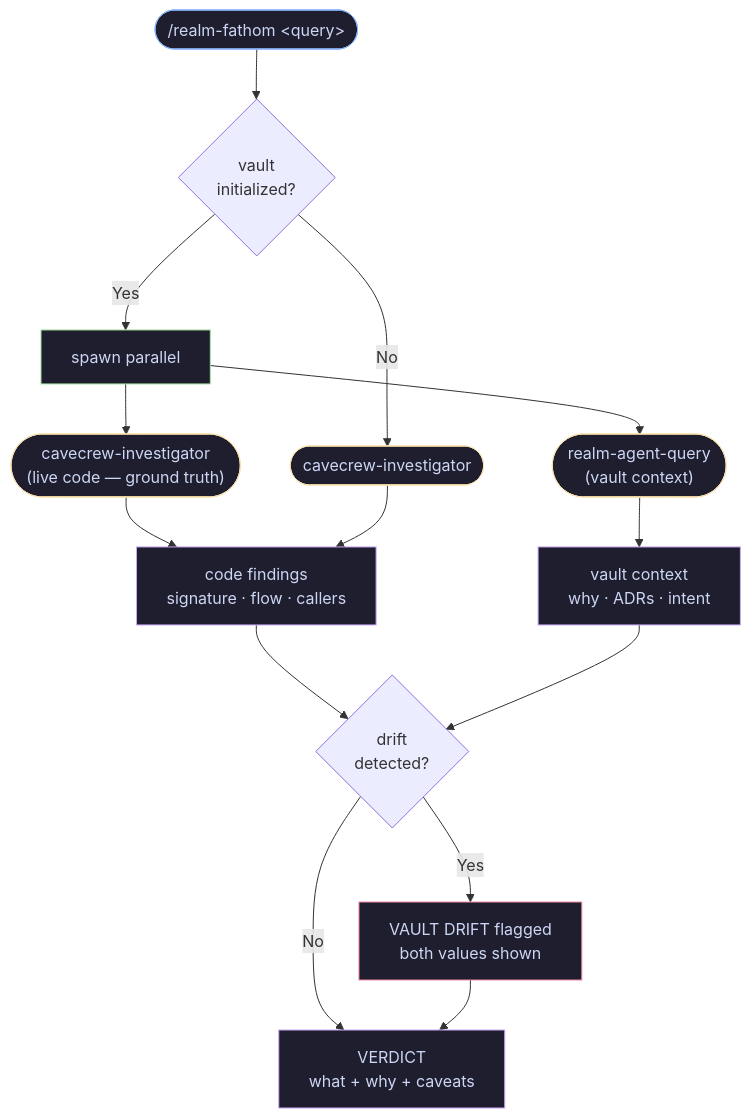
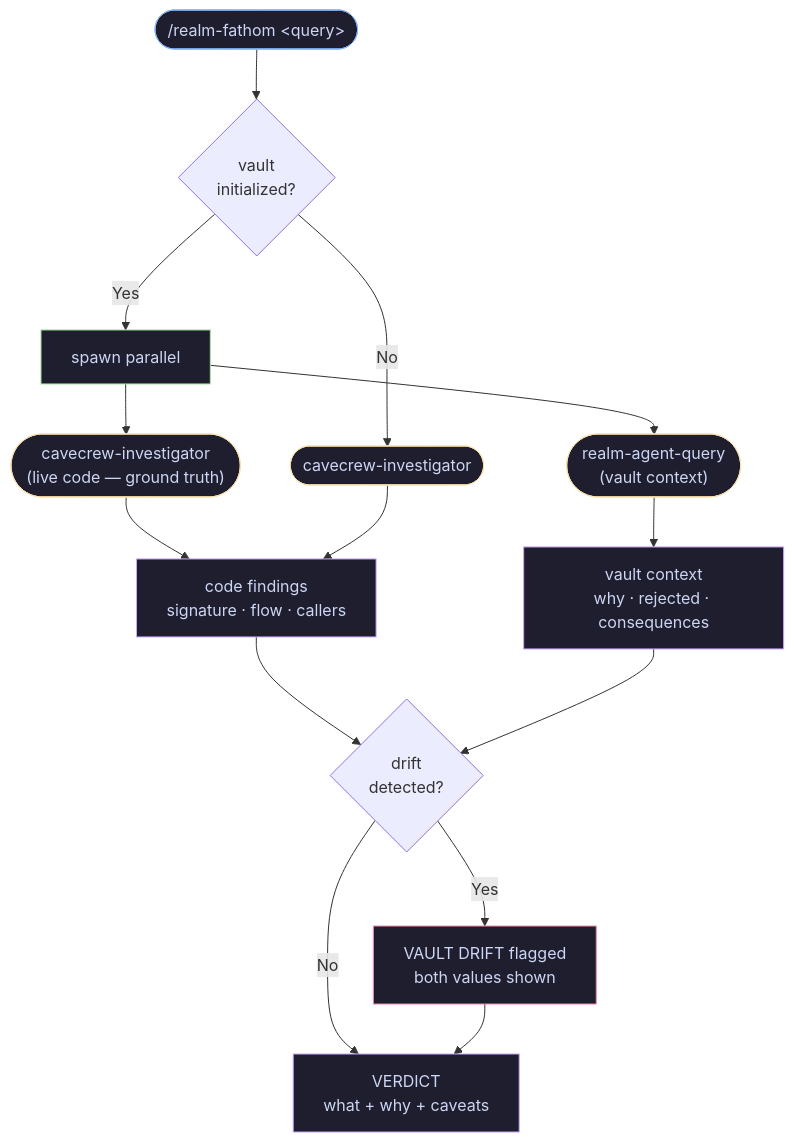
Before and after one commit to blackmo18/realm: the sixth of 9 diagrams in VISUALS.md, drawn with Mermaid. The commit also changed other lines of this file and 19 other files, not shown here.

````diff
--- a/VISUALS.md
+++ b/VISUALS.md
@@ -160,27 +139,27 @@
 ```mermaid
 flowchart TD
     FT(["/realm-fathom &lt;query&gt;"]):::cmd --> GV{vault\ninitialized?}
 
     GV -->|Yes| PAR["spawn parallel"]:::note
     GV -->|No| CI2(["cavecrew-investigator"]):::agent
 
     PAR --> CI(["cavecrew-investigator\n(live code — ground truth)"]):::agent
     PAR --> RQ(["realm-agent-query\n(vault context)"]):::agent
 
     CI  --> CO["code findings\nsignature · flow · callers"]:::out
-    RQ  --> VO["vault context\nwhy · ADRs · intent"]:::out
+    RQ  --> VO["vault context\nwhy · rejected · consequences"]:::out
     CI2 --> CO
 
     CO --> DR{drift\ndetected?}
     VO --> DR
 
     DR -->|Yes| DW["VAULT DRIFT flagged\nboth values shown"]:::warn
     DR -->|No| VD["VERDICT\nwhat + why + caveats"]:::out
     DW --> VD
 
     classDef cmd   fill:#1e1e2e,stroke:#89b4fa,color:#cdd6f4
     classDef agent fill:#1e1e2e,stroke:#f9e2af,color:#cdd6f4
     classDef out   fill:#1e1e2e,stroke:#cba6f7,color:#cdd6f4
     classDef note  fill:#1e1e2e,stroke:#a6e3a1,color:#cdd6f4
     classDef warn  fill:#1e1e2e,stroke:#f38ba8,color:#cdd6f4
 ```
````
